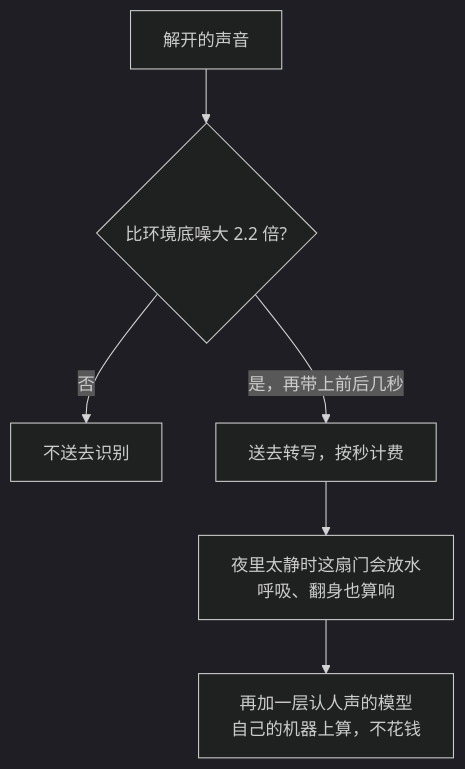
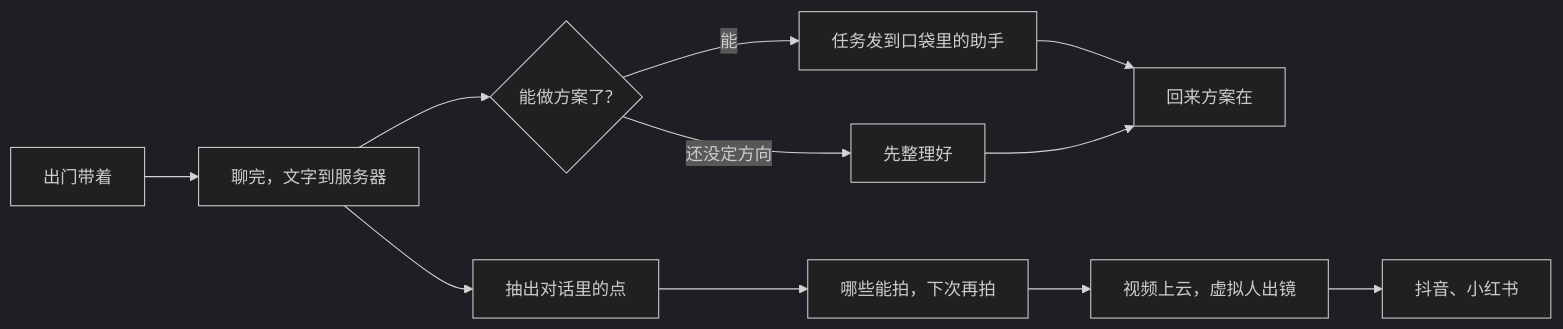
The second of 2 diagrams in README.md (Dyrespect/voicelog), drawn with Mermaid (dark theme) before and after one commit. The commit also changed other lines of this file, not shown here.

````diff
--- a/README.md
+++ b/README.md
@@ -36,8 +60,13 @@
 ```mermaid
-flowchart TD
-  IN[解开的声音] --> Q{比环境底噪大 2.2 倍?}
-  Q -->|否| NO[不送去识别]
-  Q -->|是，再带上前后几秒| YES[送去转写，按秒计费]
-  YES --> NIGHT[夜里太静时这扇门会放水<br/>呼吸、翻身也算响]
-  NIGHT --> NEW[再加一层认人声的模型<br/>自己的机器上算，不花钱]
+flowchart LR
+  A[出门带着] --> B[聊完，文字到服务器]
+  B --> C{能做方案了?}
+  C -->|能| D[任务发到口袋里的助手]
+  C -->|还没定方向| E[先整理好]
+  D --> F[回来方案在]
+  E --> F
+  B --> G[抽出对话里的点]
+  G --> H[哪些能拍，下次再拍]
+  H --> I[视频上云，虚拟人出镜]
+  I --> J[抖音、小红书]
 ```
````
